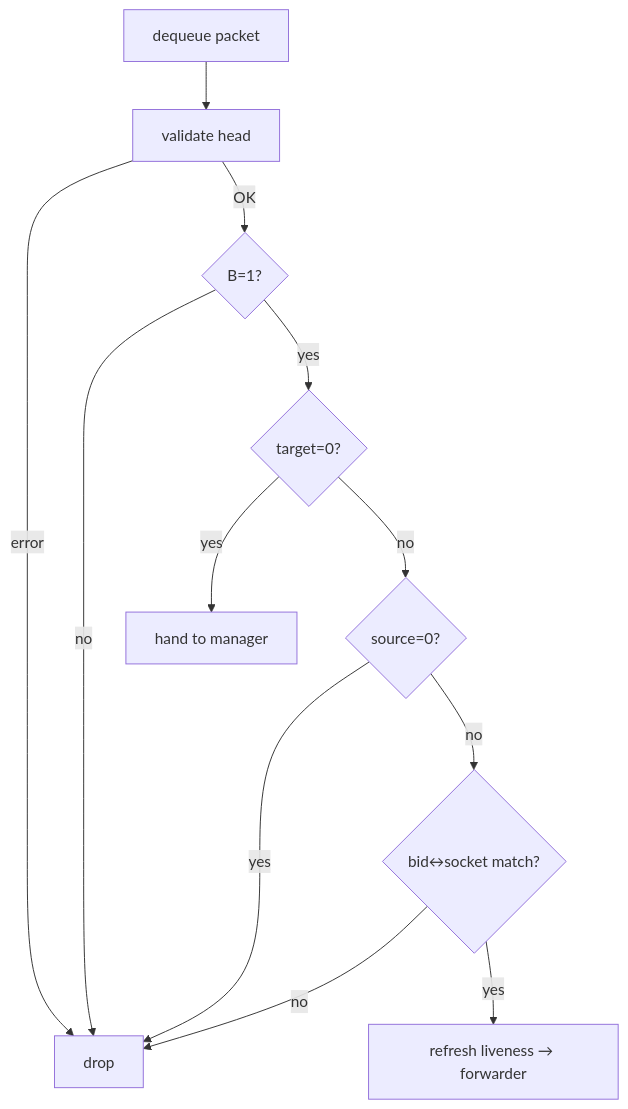
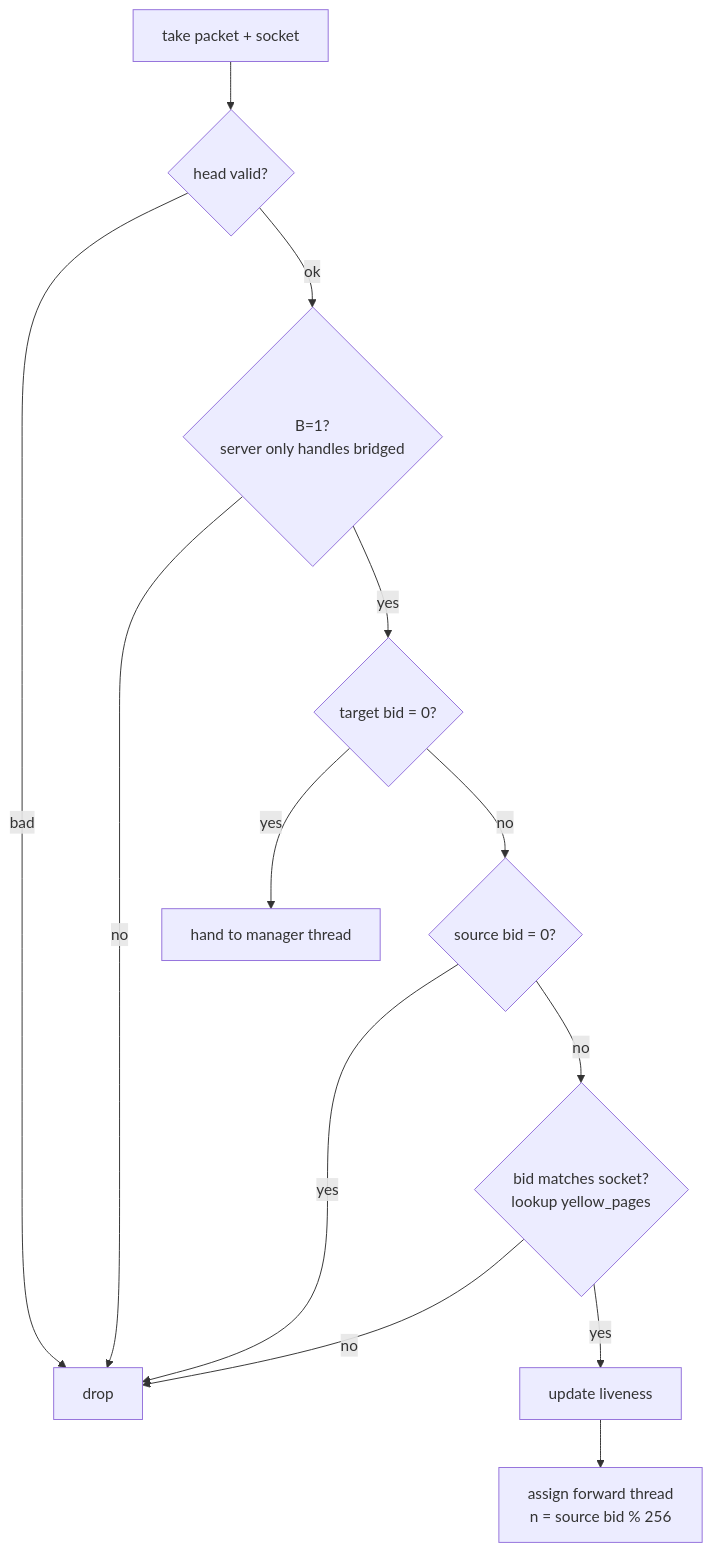
Before and after one commit to moky/magpie-bridge: the third of 5 diagrams in docs/design-architecture.md, drawn with Mermaid. The commit also changed other lines of this file and 5 other files, not shown here.

Commit message:
docs: regenerate from ai/ tasks with mermaid diagrams

````diff
--- a/docs/design-architecture.md
+++ b/docs/design-architecture.md
@@ -47,14 +56,15 @@
 ```mermaid
 flowchart TD
-    P[dequeue packet] --> V1[validate head]
-    V1 -- error --> DR[drop]
-    V1 -- OK --> V2{B=1?}
+    P[take packet + socket] --> V1{head valid?}
+    V1 -- bad --> DR[drop]
+    V1 -- ok --> V2{B=1?<br/>server only handles bridged}
     V2 -- no --> DR
-    V2 -- yes --> V3{target=0?}
-    V3 -- yes --> M[hand to manager]
-    V3 -- no --> V4{source=0?}
+    V2 -- yes --> V3{target bid = 0?}
+    V3 -- yes --> MG[hand to manager thread]
+    V3 -- no --> V4{source bid = 0?}
     V4 -- yes --> DR
-    V4 -- no --> V5{bid↔socket match?}
+    V4 -- no --> V5{bid matches socket?<br/>lookup yellow_pages}
     V5 -- no --> DR
-    V5 -- yes --> UP[refresh liveness → forwarder]
+    V5 -- yes --> UP[update liveness]
+    UP --> AS[assign forward thread<br/>n = source bid % 256]
 ```
````
